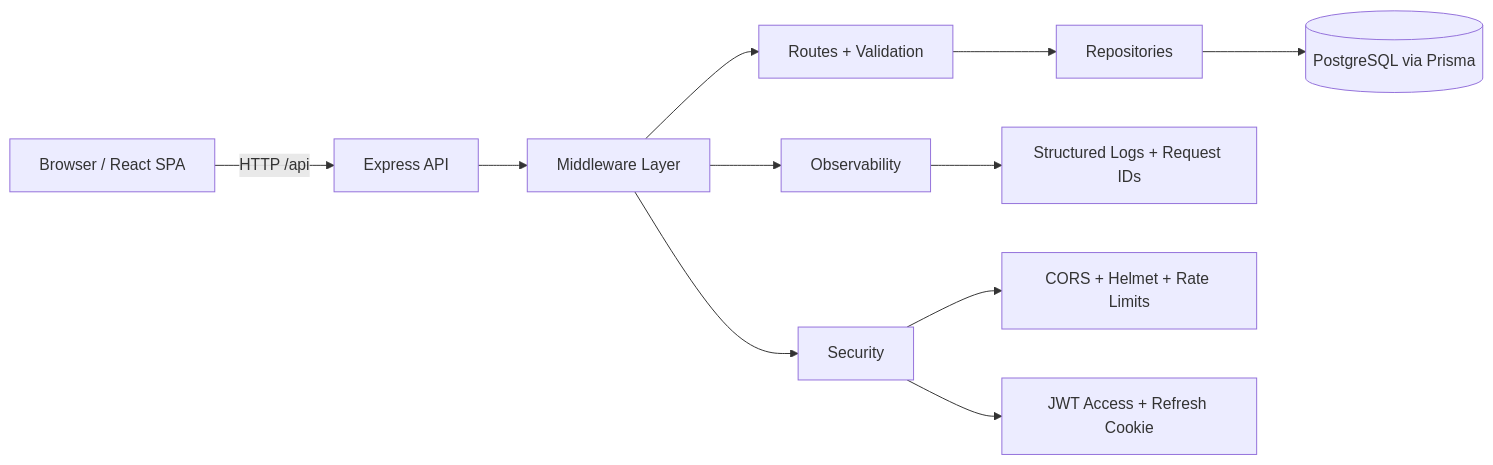
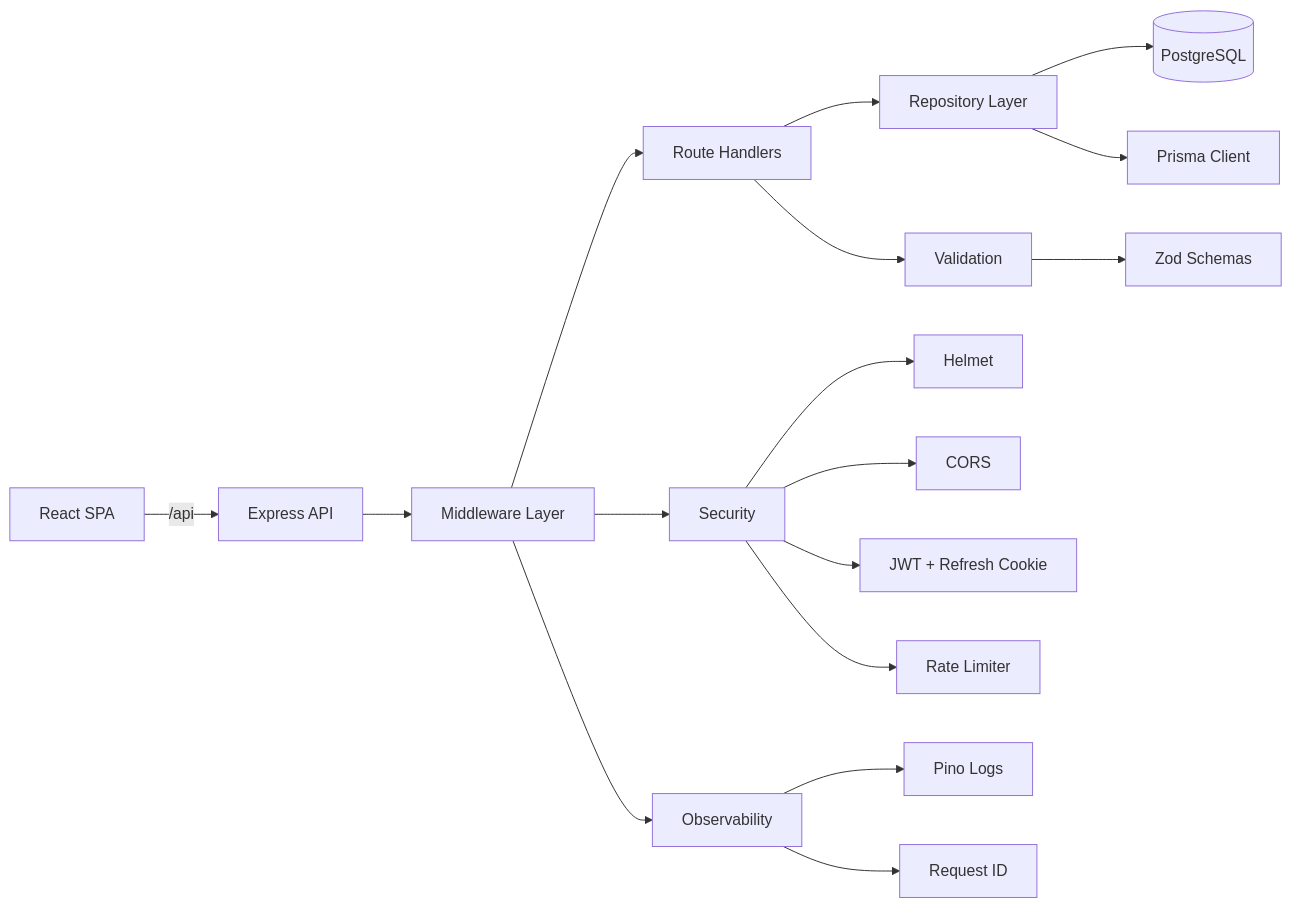
One commit to HARSHAN-DEVHUB/e-commerse changed the first of 3 diagrams in README.md. Above: the diagram before and after it, drawn with Mermaid. The commit also changed other lines of this file, not shown here.

````diff
--- a/README.md
+++ b/README.md
@@ -48,15 +100,19 @@
 ```mermaid
 flowchart LR
-  U[Browser / React SPA] -->|HTTP /api| X[Express API]
-  X --> M[Middleware Layer]
-  M --> R[Routes + Validation]
-  R --> D[Repositories]
-  D --> P[(PostgreSQL via Prisma)]
-
-  M --> O[Observability]
-  O --> L[Structured Logs + Request IDs]
-
-  M --> S[Security]
-  S --> C[CORS + Helmet + Rate Limits]
-  S --> A[JWT Access + Refresh Cookie]
+  A[React SPA] -->|/api| B[Express API]
+  B --> C[Middleware Layer]
+  C --> D[Route Handlers]
+  D --> E[Repository Layer]
+  E --> F[(PostgreSQL)]
+  E --> G[Prisma Client]
+  C --> H[Security]
+  H --> H1[Helmet]
+  H --> H2[CORS]
+  H --> H3[JWT + Refresh Cookie]
+  H --> H4[Rate Limiter]
+  C --> I[Observability]
+  I --> I1[Pino Logs]
+  I --> I2[Request ID]
+  D --> J[Validation]
+  J --> J1[Zod Schemas]
 ```
````
